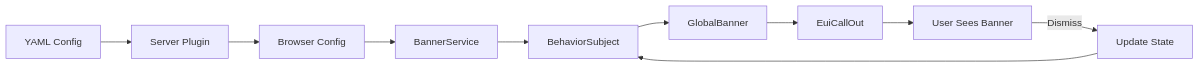
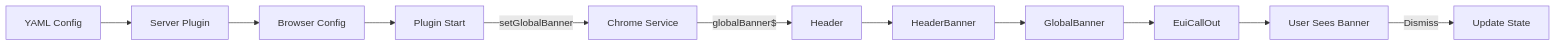
Before and after one commit to tkykenmt/opensearch-feature-explorer: the second of 2 diagrams in docs/features/opensearch-dashboards/banner-plugin.md, drawn with Mermaid. The commit also changed other lines of this file and 2 other files, not shown here.

Commit message:
docs: add OpenSearch Dashboards Banner Extensibility report for v3.3.0 (#1464)

````diff
--- a/docs/features/opensearch-dashboards/banner-plugin.md
+++ b/docs/features/opensearch-dashboards/banner-plugin.md
@@ -48,12 +46,13 @@
 ```mermaid
 flowchart LR
     A[YAML Config] --> B[Server Plugin]
     B --> C[Browser Config]
-    C --> D[BannerService]
-    D --> E[BehaviorSubject]
-    E --> F[GlobalBanner]
-    F --> G[EuiCallOut]
-    G --> H[User Sees Banner]
-    H -->|Dismiss| I[Update State]
-    I --> E
+    C --> D[Plugin Start]
+    D -->|setGlobalBanner| E[Chrome Service]
+    E -->|globalBanner$| F[Header]
+    F --> G[HeaderBanner]
+    G --> H[GlobalBanner]
+    H --> I[EuiCallOut]
+    I --> J[User Sees Banner]
+    J -->|Dismiss| K[Update State]
 ```
````
